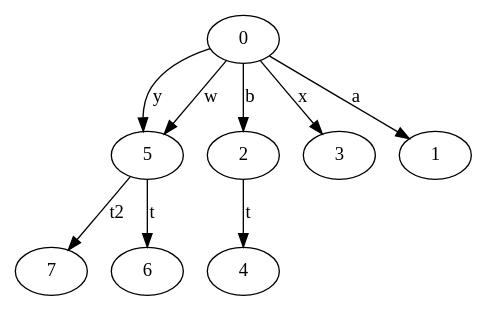
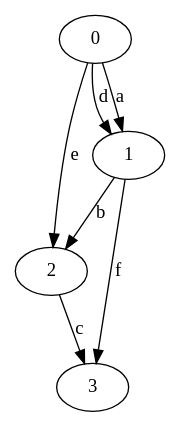
Before and after one commit to varivera/aliasing-java: the diagram in AliasingImpl/source/testingAliasDiagram.dot, drawn with Graphviz. The commit also changed 2 other files, not shown here.

```diff
--- a/AliasingImpl/source/testingAliasDiagram.dot
+++ b/AliasingImpl/source/testingAliasDiagram.dot
@@ -1,18 +1,12 @@
 digraph G {
-n5->n7 [label="t2"]
-n5->n6 [label="t"]
-n2->n4 [label="t"]
-n0->n5 [label="y"]
-n0->n3 [label="x"]
-n0->n5 [label="w"]
-n0->n2 [label="b"]
+n2->n3 [label="c"]
+n1->n3 [label="f"]
+n1->n2 [label="b"]
+n0->n2 [label="e"]
+n0->n1 [label="d"]
 n0->n1 [label="a"]
 n0[label="0"]
 n1[label="1"]
 n2[label="2"]
 n3[label="3"]
-n4[label="4"]
-n5[label="5"]
-n6[label="6"]
-n7[label="7"]
 }
```
